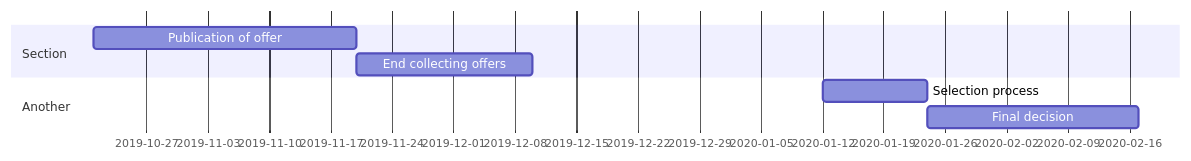
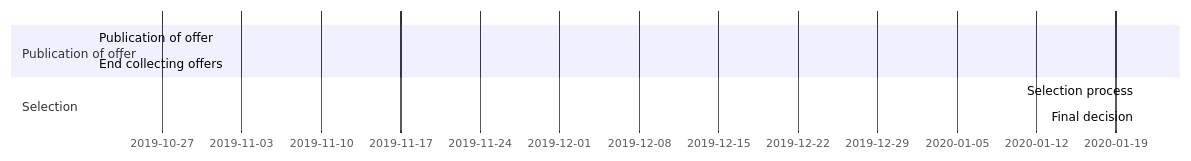
The diagram in content/post/2019-10-28_postdoc-position/index.md (laurentperrinet/laurentperrinet.github.io), drawn with Mermaid before and after one commit.

Commit message:
rebuilding site Fri Apr 24 22:07:52 CEST 2020

````diff
--- a/content/post/2019-10-28_postdoc-position/index.md
+++ b/content/post/2019-10-28_postdoc-position/index.md
@@ -64,10 +64,10 @@
 ```mermaid
 gantt
   dateFormat  YYYY-MM-DD
-  section Section
-  Publication of offer           :a1, 2019-10-21, 30d
-  End collecting offers      :after a1  , 20d
-  section Another
-  Selection process      :2020-01-12  , 12d
-  Final decision      : 24d
+  section Publication of offer
+  Publication of offer           :a1, 2019-10-21, 1m
+  End collecting offers      :after a1  , 1m
+  section Selection
+  Selection process      :2020-01-21, 1m
+  Final decision      : 1m
 ```
````
